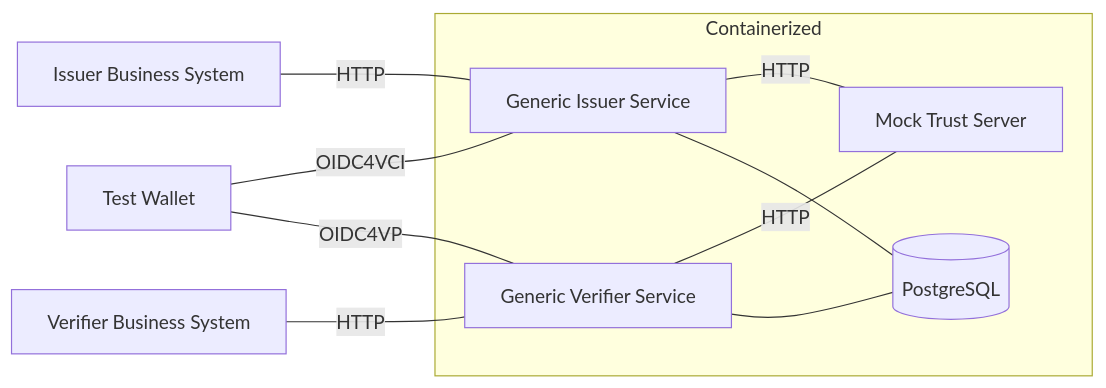
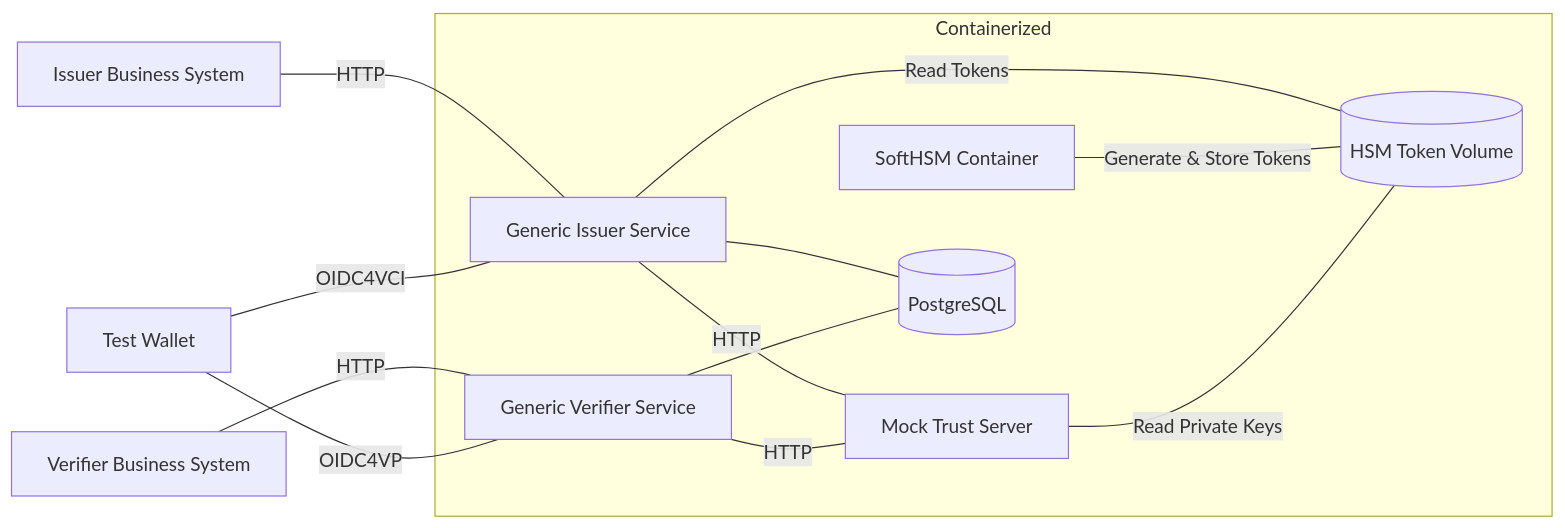
Before and after one commit to swiyu-admin-ch/swiyu-generic-application-test: the diagram in README.md, drawn with Mermaid. The commit also changed other lines of this file and 1 other file, not shown here.

Commit message:
Add documentation HSM

````diff
--- a/README.md
+++ b/README.md
@@ -29,27 +31,32 @@
 ```mermaid
 flowchart LR
     issuer_bus[Issuer Business System]
     wallet[Test Wallet]
     verifier_bus[Verifier Business System]
 
     subgraph Containerized
         iss[Generic Issuer Service]
         ver[Generic Verifier Service]
+        hsm[SoftHSM Container]
 
         mock[Mock Trust Server]
         db[(PostgreSQL)]
+        tokens[(HSM Token Volume)]
     end
 
     issuer_bus -- HTTP --- iss
     verifier_bus -- HTTP --- ver
     
     wallet -- OIDC4VCI --- iss
     wallet -- OIDC4VP --- ver
 
     iss -- HTTP --- mock
     iss --- db
+    iss -- Read Tokens --- tokens
+    hsm -- Generate & Store Tokens --- tokens
+    mock -- Read Private Keys --- tokens
 
     ver -- HTTP --- mock
     ver --- db
     
 ```
````
